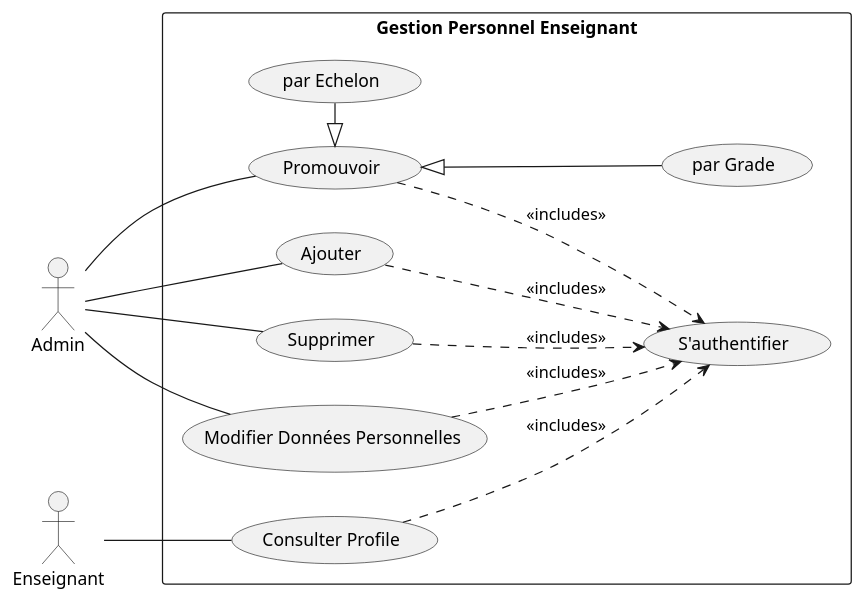
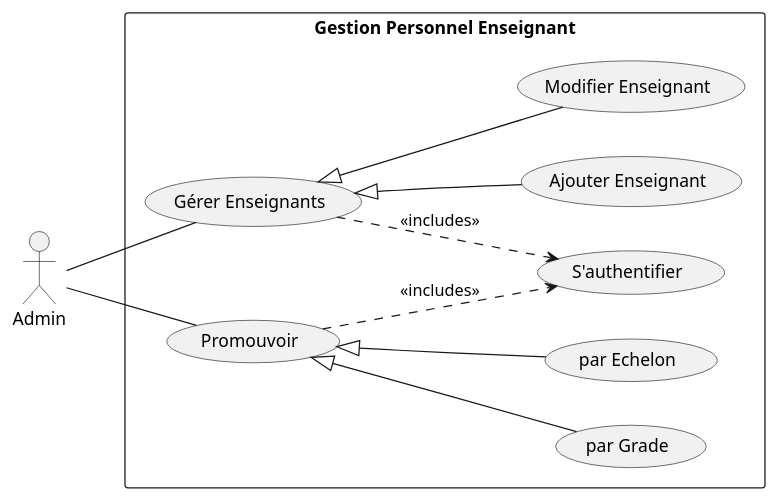
The diagram in App1/UseCase.wsd (Napi55/PlantUml), drawn with PlantUML before and after one commit. The commit also changed 8 other files, not shown here.

```diff
--- a/App1/UseCase.wsd
+++ b/App1/UseCase.wsd
@@ -1,38 +1,35 @@
 @startuml UseCase1
 left to right direction
+
 actor :Admin: as ad
-actor :Enseignant: as es
 
 rectangle "Gestion Personnel Enseignant" {
     (S'authentifier) as uc0
-    
 
-    (Ajouter) as uc1
-    (Supprimer) as uc2
-    (Modifier Données Personnelles) as uc3
+    (Gérer Enseignants) as uc1
 
-    (Promouvoir) as uc4
-    (par Grade) as uc5
-    (par Echelon) as uc6
-    (Consulter Profile) as uc7
+    (Ajouter Enseignant) as uc2
+    (Modifier Enseignant) as uc4
+
+    (Promouvoir) as uc5
+
+    (par Grade) as uc6
+    (par Echelon) as uc7
 }
 
 ' INCLUDE
 uc1 ..> uc0 : <<includes>>
-uc2 ..> uc0 : <<includes>>
-uc3 ..> uc0 : <<includes>>
-uc4 ..> uc0 : <<includes>>
-uc7 ..> uc0 : <<includes>>
+uc5 ..> uc0 : <<includes>>
 
 ' EXTENSIONS
-uc4 <|-- uc5
-uc4 <|- uc6
+uc1 <|-- uc2
+uc1 <|-- uc4
+
+uc5 <|-- uc6
+uc5 <|-- uc7
 
 ' ASSOCIATIONS
 ad -- uc1
-ad -- uc2
-ad -- uc3
-ad -- uc4
-es -- uc7
+ad -- uc5
 
 @enduml
```
